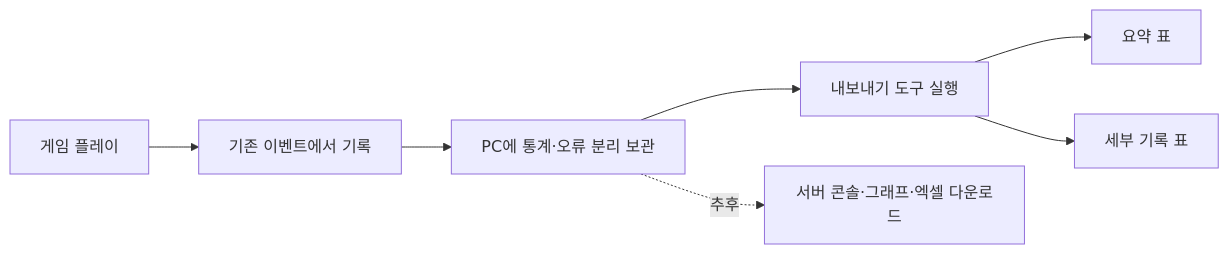
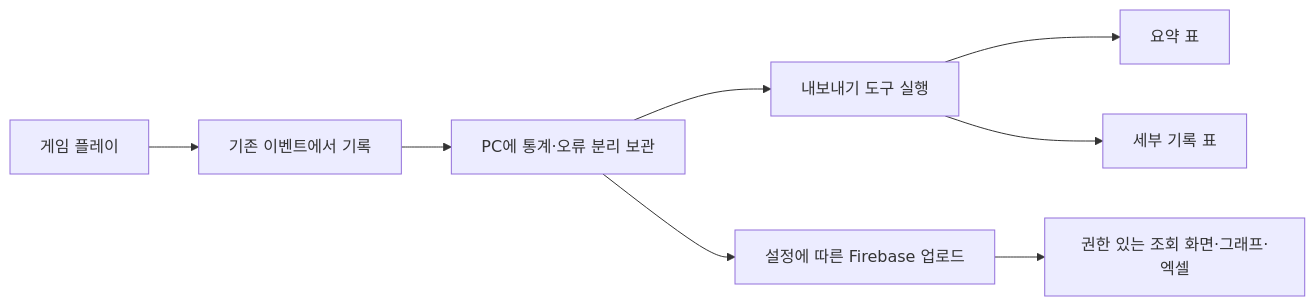
Before and after one commit to lkhwcf-arch/Human_Ghost-: the diagram in Docs/기획자용 안내문서/플레이 통계 수집과 확인 안내.md, drawn with Mermaid. The commit also changed other lines of this file and 92 other files, not shown here.

````diff
--- a/Docs/기획자용 안내문서/플레이 통계 수집과 확인 안내.md
+++ b/Docs/기획자용 안내문서/플레이 통계 수집과 확인 안내.md
@@ -7,9 +16,10 @@
 ```mermaid
 flowchart LR
     A[게임 플레이] --> B[기존 이벤트에서 기록]
     B --> C[PC에 통계·오류 분리 보관]
     C --> D[내보내기 도구 실행]
     D --> E[요약 표]
     D --> F[세부 기록 표]
-    C -. 추후 .-> G[서버 콘솔·그래프·엑셀 다운로드]
+    C --> G[설정에 따른 Firebase 업로드]
+    G --> H[권한 있는 조회 화면·그래프·엑셀]
 ```
````
